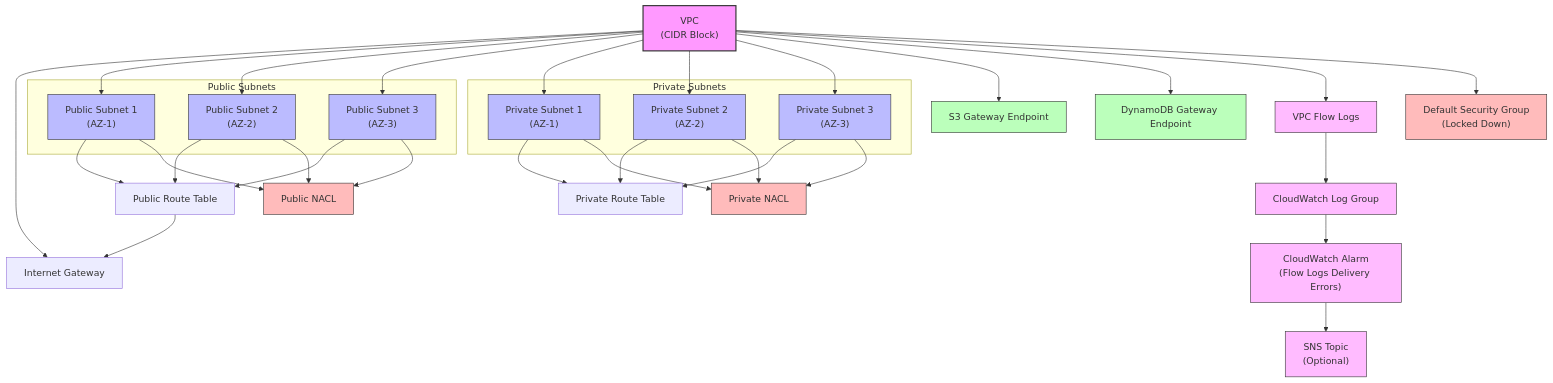
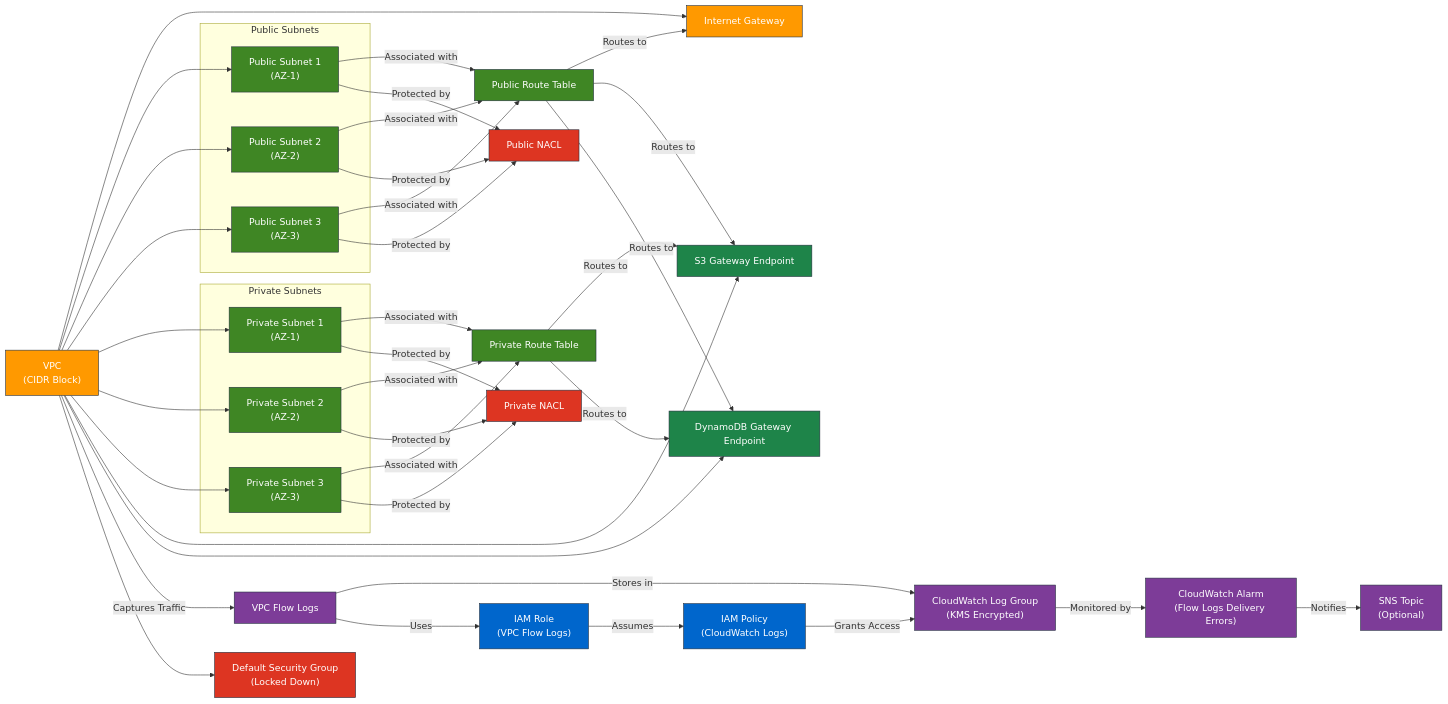
The diagram in terraform/modules/vpc/README.md (hetmanskyi-cloud/AWS), drawn with Mermaid before and after one commit.

````diff
--- a/terraform/modules/vpc/README.md
+++ b/terraform/modules/vpc/README.md
@@ -9,5 +9,5 @@
 ```mermaid
-graph TD
+graph LR
     %% Main VPC Component
     VPC["VPC<br/>(CIDR Block)"] 
     
@@ -41,9 +41,13 @@
     
     %% Flow Logs and Monitoring
     FlowLogs["VPC Flow Logs"]
-    LogGroup["CloudWatch Log Group"]
+    LogGroup["CloudWatch Log Group<br/>(KMS Encrypted)"]
     CWAlarm["CloudWatch Alarm<br/>(Flow Logs Delivery Errors)"]
     SNS["SNS Topic<br/>(Optional)"]
+    
+    %% IAM Components for Flow Logs
+    IAMRole["IAM Role<br/>(VPC Flow Logs)"]
+    IAMPolicy["IAM Policy<br/>(CloudWatch Logs)"]
     
     %% Default Security Group
     DefSG["Default Security Group<br/>(Locked Down)"]
@@ -53,31 +57,40 @@
     VPC --> PubSub1 & PubSub2 & PubSub3
     VPC --> PrivSub1 & PrivSub2 & PrivSub3
     VPC --> S3EP & DynamoEP
-    VPC --> FlowLogs
+    VPC -->|"Captures Traffic"| FlowLogs
     VPC --> DefSG
     
-    PubSub1 & PubSub2 & PubSub3 --> PubRT
-    PrivSub1 & PrivSub2 & PrivSub3 --> PrivRT
+    PubSub1 & PubSub2 & PubSub3 -->|"Associated with"| PubRT
+    PrivSub1 & PrivSub2 & PrivSub3 -->|"Associated with"| PrivRT
     
-    PubSub1 & PubSub2 & PubSub3 --> PubNACL
-    PrivSub1 & PrivSub2 & PrivSub3 --> PrivNACL
+    PubSub1 & PubSub2 & PubSub3 -->|"Protected by"| PubNACL
+    PrivSub1 & PrivSub2 & PrivSub3 -->|"Protected by"| PrivNACL
     
-    PubRT --> IGW
+    PubRT -->|"Routes to"| IGW
+    PubRT -->|"Routes to"| S3EP & DynamoEP
+    PrivRT -->|"Routes to"| S3EP & DynamoEP
     
-    FlowLogs --> LogGroup
-    LogGroup --> CWAlarm
-    CWAlarm --> SNS
+    FlowLogs -->|"Stores in"| LogGroup
+    LogGroup -->|"Monitored by"| CWAlarm
+    CWAlarm -->|"Notifies"| SNS
+    
+    %% IAM Connections
+    IAMRole -->|"Assumes"| IAMPolicy
+    IAMPolicy -->|"Grants Access"| LogGroup
+    FlowLogs -->|"Uses"| IAMRole
     
     %% Styling
-    classDef vpc fill:#f9f,stroke:#333,stroke-width:2px
-    classDef subnet fill:#bbf,stroke:#333,stroke-width:1px
-    classDef endpoint fill:#bfb,stroke:#333,stroke-width:1px
-    classDef security fill:#fbb,stroke:#333,stroke-width:1px
-    classDef monitoring fill:#fbf,stroke:#333,stroke-width:1px
+    classDef primary fill:#FF9900,stroke:#232F3E,color:white
+    classDef networking fill:#3F8624,stroke:#232F3E,color:white
+    classDef security fill:#DD3522,stroke:#232F3E,color:white
+    classDef monitoring fill:#7D3C98,stroke:#232F3E,color:white
+    classDef iam fill:#0066CC,stroke:#232F3E,color:white
+    classDef endpoints fill:#1E8449,stroke:#232F3E,color:white
     
-    class VPC vpc
-    class PubSub1,PubSub2,PubSub3,PrivSub1,PrivSub2,PrivSub3 subnet
-    class S3EP,DynamoEP endpoint
+    class VPC,IGW primary
+    class PubSub1,PubSub2,PubSub3,PrivSub1,PrivSub2,PrivSub3,PubRT,PrivRT networking
     class PubNACL,PrivNACL,DefSG security
     class FlowLogs,LogGroup,CWAlarm,SNS monitoring
+    class IAMRole,IAMPolicy iam
+    class S3EP,DynamoEP endpoints
 ```
````
